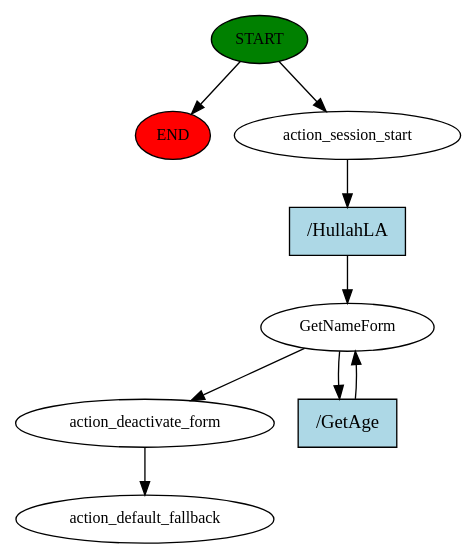
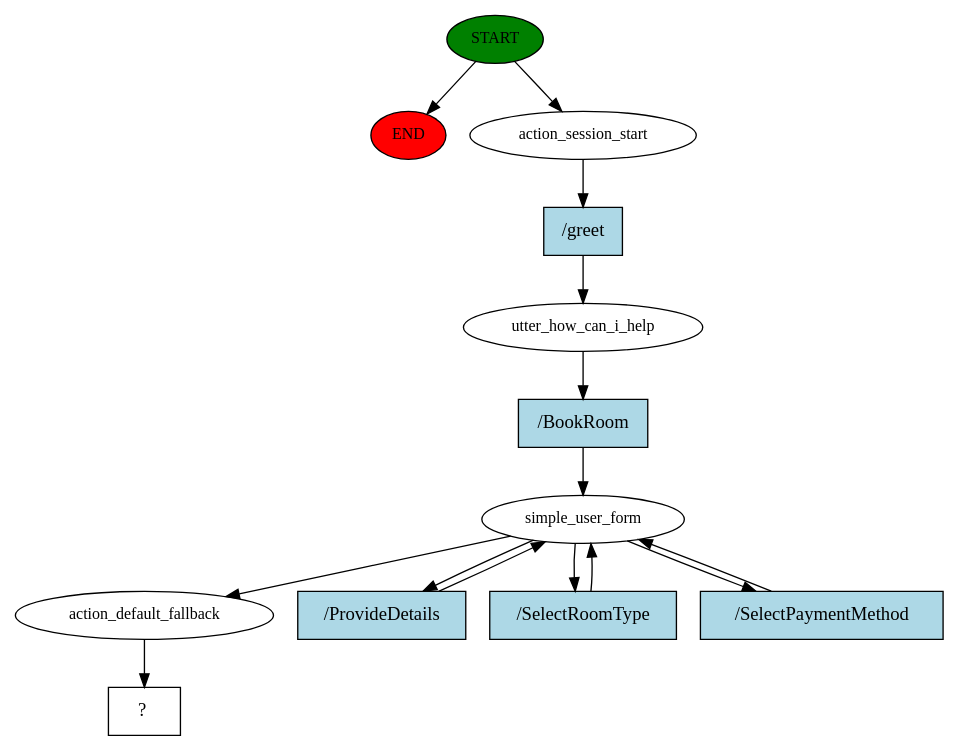
One commit to prachi-77/Hotel_Chatbot changed the diagram in story_graph.dot. Above: the diagram before and after it, drawn with Graphviz. The commit also changed 20 other files, not shown here.

```diff
--- a/story_graph.dot
+++ b/story_graph.dot
@@ -1,18 +1,28 @@
 digraph  {
 0 [class="start active", fillcolor=green, fontsize=12, label=START, style=filled];
 "-1" [class=end, fillcolor=red, fontsize=12, label=END, style=filled];
 1 [class=active, fontsize=12, label=action_session_start];
-2 [class=active, fontsize=12, label=GetNameForm];
-4 [class=active, fontsize=12, label=action_deactivate_form];
-5 [class="dashed active", fontsize=12, label=action_default_fallback];
-6 [class="intent active", fillcolor=lightblue, label="/HullahLA", shape=rect, style=filled];
-7 [class="intent active", fillcolor=lightblue, label="/GetAge", shape=rect, style=filled];
+2 [class=active, fontsize=12, label=utter_how_can_i_help];
+3 [class=active, fontsize=12, label=simple_user_form];
+11 [class=active, fontsize=12, label=action_default_fallback];
+12 [class="intent dashed active", label="  ?  ", shape=rect];
+13 [class="intent active", fillcolor=lightblue, label="/greet", shape=rect, style=filled];
+14 [class="intent active", fillcolor=lightblue, label="/BookRoom", shape=rect, style=filled];
+15 [class="intent active", fillcolor=lightblue, label="/ProvideDetails", shape=rect, style=filled];
+16 [class="intent active", fillcolor=lightblue, label="/SelectRoomType", shape=rect, style=filled];
+17 [class="intent active", fillcolor=lightblue, label="/SelectPaymentMethod", shape=rect, style=filled];
 0 -> "-1"  [class="", key=NONE, label=""];
 0 -> 1  [class=active, key=NONE, label=""];
-1 -> 6  [class=active, key=0];
-2 -> 4  [class=active, key=NONE, label=""];
-2 -> 7  [class=active, key=0];
-4 -> 5  [class=active, key=NONE, label=""];
-6 -> 2  [class=active, key=0];
-7 -> 2  [class=active, key=0];
+1 -> 13  [class=active, key=0];
+2 -> 14  [class=active, key=0];
+3 -> 11  [class=active, key=NONE, label=""];
+3 -> 15  [class=active, key=0];
+3 -> 16  [class=active, key=0];
+3 -> 17  [class=active, key=0];
+11 -> 12  [class=active, key=NONE, label=""];
+13 -> 2  [class=active, key=0];
+14 -> 3  [class=active, key=0];
+15 -> 3  [class=active, key=0];
+16 -> 3  [class=active, key=0];
+17 -> 3  [class=active, key=0];
 }
```
